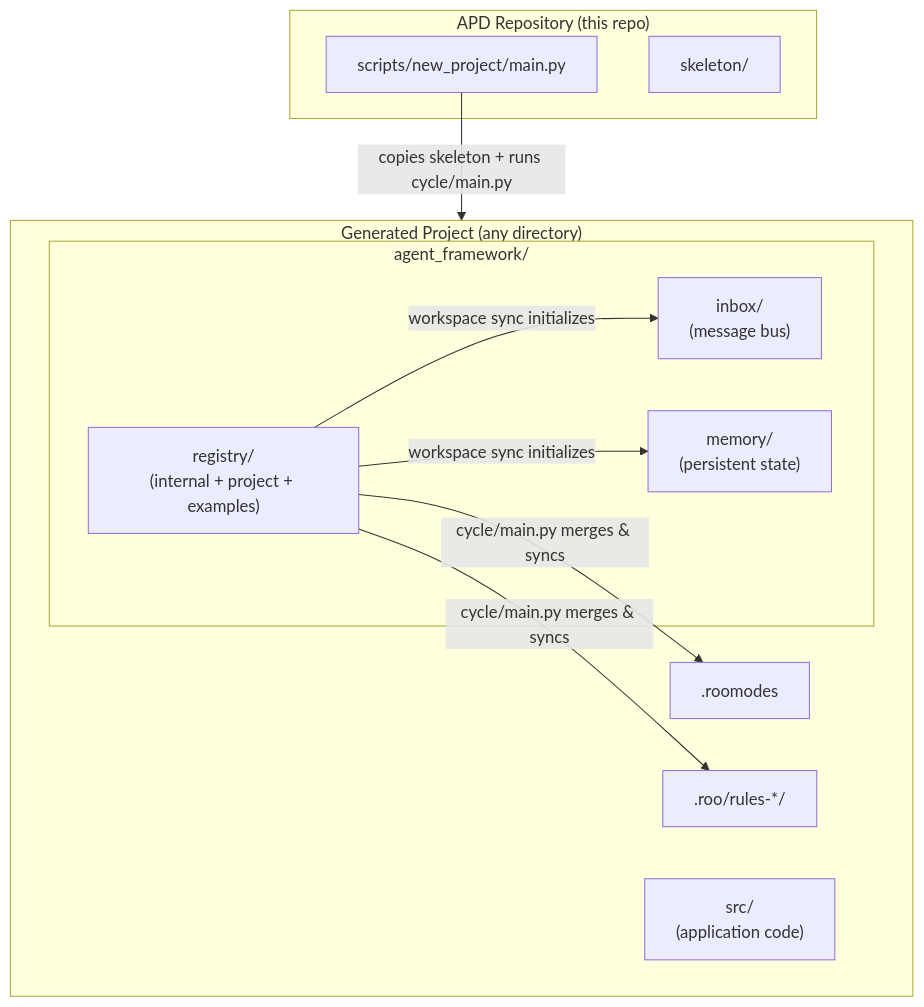
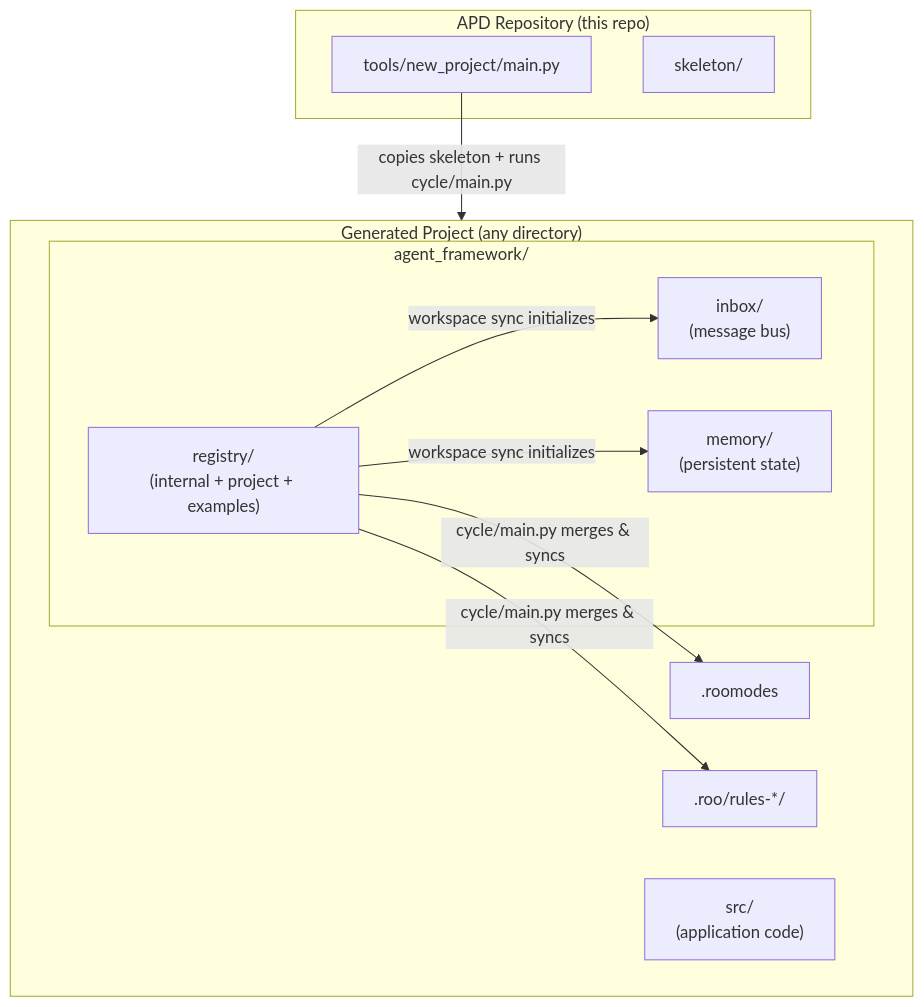
Before and after one commit to Joanoni/autonomous-project-development: the first of 2 diagrams in docs/architecture.md, drawn with Mermaid. The commit also changed other lines of this file and 18 other files, not shown here.

Commit message:
feat: add fullstack_web_project example, rename scripts to tools, add git_flow tool

````diff
--- a/docs/architecture.md
+++ b/docs/architecture.md
@@ -13,24 +13,24 @@
 ```mermaid
 graph TD
     subgraph APD_Repo["APD Repository (this repo)"]
-        NP["scripts/new_project/main.py"]
+        NP["tools/new_project/main.py"]
         SK["skeleton/"]
     end
 
     subgraph Generated_Project["Generated Project (any directory)"]
         subgraph AF["agent_framework/"]
             REG["registry/<br/>(internal + project + examples)"]
             INB["inbox/<br/>(message bus)"]
             MEM["memory/<br/>(persistent state)"]
         end
         SRC["src/<br/>(application code)"]
         ROOMODES[".roomodes"]
         ROO[".roo/rules-*/"]
     end
 
     NP -->|"copies skeleton + runs cycle/main.py"| Generated_Project
     REG -->|"cycle/main.py merges & syncs"| ROOMODES
     REG -->|"cycle/main.py merges & syncs"| ROO
     REG -->|"workspace sync initializes"| INB
     REG -->|"workspace sync initializes"| MEM
 ```
````
